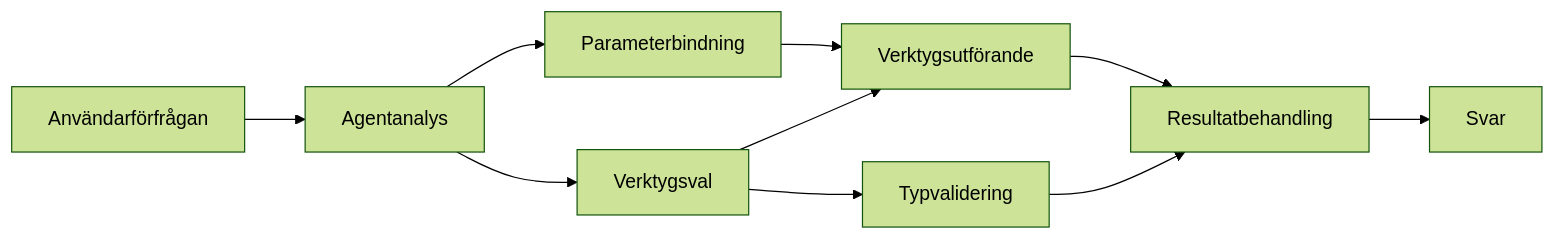
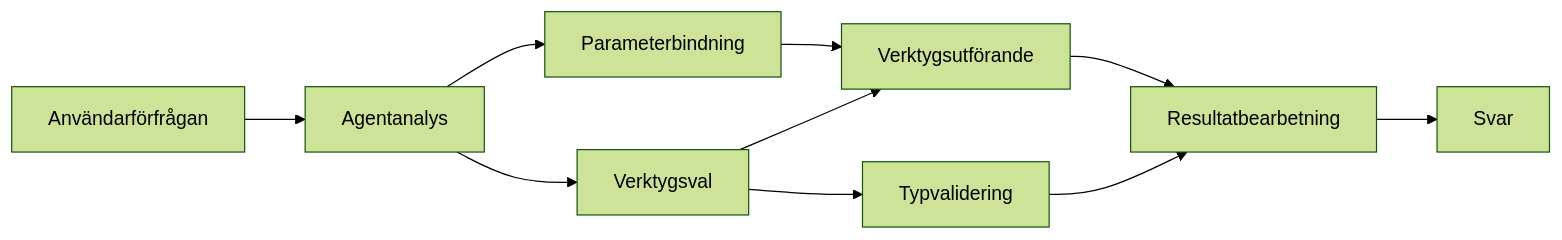
The diagram in translations/sv/04-tool-use/code_samples/04-dotnet-agent-framework.md (venturemavenwill/azureaifundamentals), drawn with Mermaid (forest theme) before and after one commit. The commit also changed other lines of this file and 2002 other files, not shown here.

````diff
--- a/translations/sv/04-tool-use/code_samples/04-dotnet-agent-framework.md
+++ b/translations/sv/04-tool-use/code_samples/04-dotnet-agent-framework.md
@@ -40,12 +40,12 @@
 ```mermaid
 graph LR
     A[Användarförfrågan] --> B[Agentanalys]
     B --> C[Verktygsval]
     C --> D[Typvalidering]
     B --> E[Parameterbindning]
     E --> F[Verktygsutförande]
     C --> F
-    F --> G[Resultatbehandling]
+    F --> G[Resultatbearbetning]
     D --> G
     G --> H[Svar]
 ```
````
